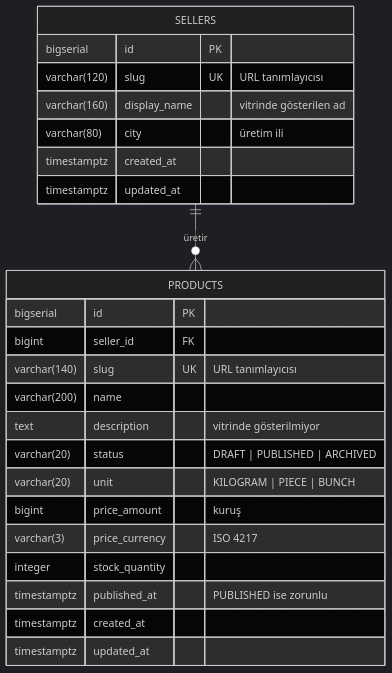
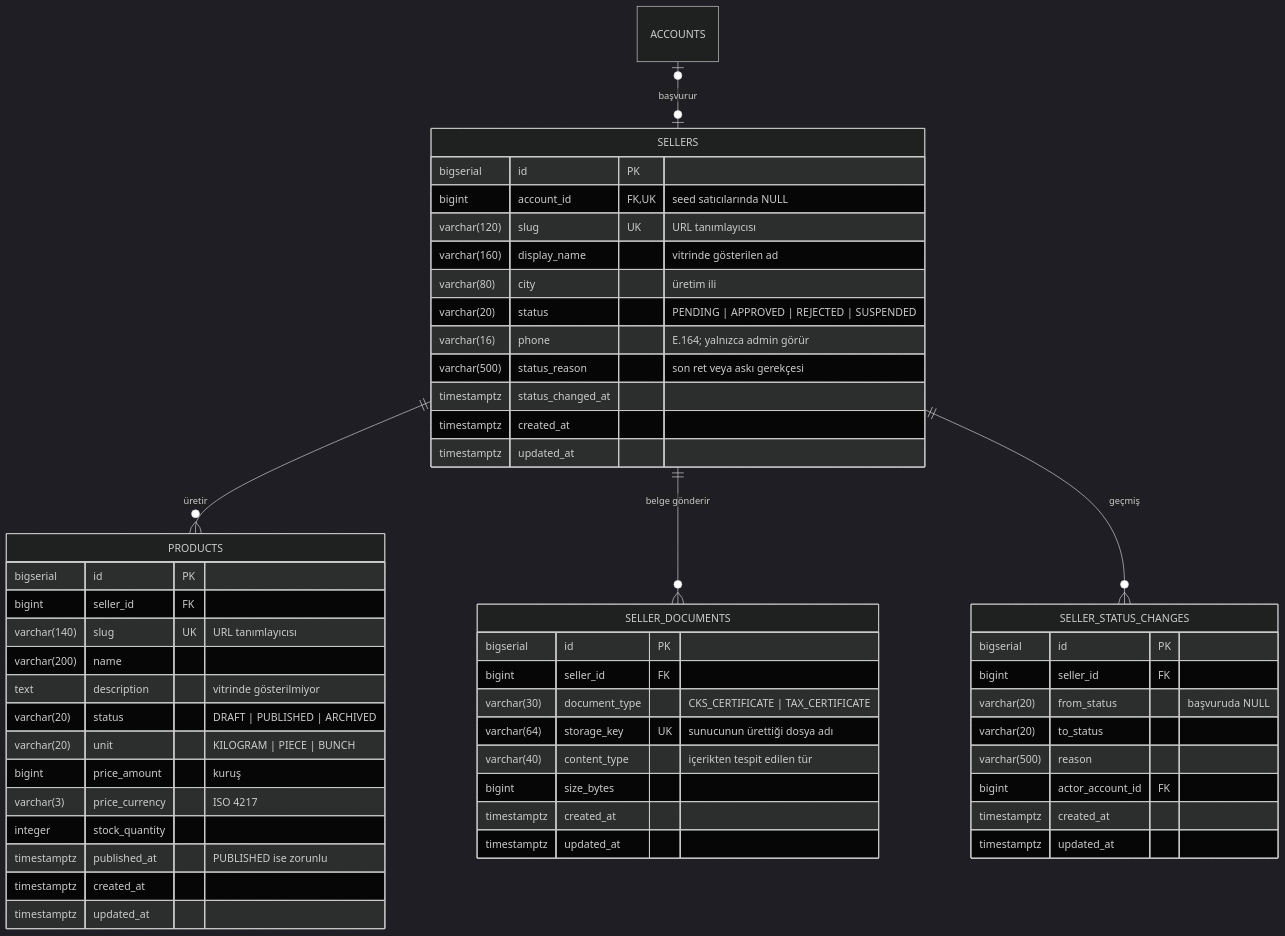
One commit to sertacozmen1/bahceden changed the first of 2 diagrams in docs/reference/01-domain-model.md. Above: the diagram before and after it, drawn with Mermaid (dark theme). The commit also changed other lines of this file and 136 other files, not shown here.

First line of the commit message:
feat: add seller application and admin approval (add-seller-onboarding)

````diff
--- a/docs/reference/01-domain-model.md
+++ b/docs/reference/01-domain-model.md
@@ -15,29 +21,59 @@
 ```mermaid
 erDiagram
     SELLERS ||--o{ PRODUCTS : "üretir"
+    ACCOUNTS |o--o| SELLERS : "başvurur"
+    SELLERS ||--o{ SELLER_DOCUMENTS : "belge gönderir"
+    SELLERS ||--o{ SELLER_STATUS_CHANGES : "geçmiş"
 
     SELLERS {
         bigserial id PK
+        bigint account_id FK,UK "seed satıcılarında NULL"
         varchar(120) slug UK "URL tanımlayıcısı"
         varchar(160) display_name "vitrinde gösterilen ad"
         varchar(80) city "üretim ili"
+        varchar(20) status "PENDING | APPROVED | REJECTED | SUSPENDED"
+        varchar(16) phone "E.164; yalnızca admin görür"
+        varchar(500) status_reason "son ret veya askı gerekçesi"
+        timestamptz status_changed_at
+        timestamptz created_at
+        timestamptz updated_at
+    }
+
+    SELLER_DOCUMENTS {
+        bigserial id PK
+        bigint seller_id FK
+        varchar(30) document_type "CKS_CERTIFICATE | TAX_CERTIFICATE"
+        varchar(64) storage_key UK "sunucunun ürettiği dosya adı"
+        varchar(40) content_type "içerikten tespit edilen tür"
+        bigint size_bytes
+        timestamptz created_at
+        timestamptz updated_at
+    }
+
+    SELLER_STATUS_CHANGES {
+        bigserial id PK
+        bigint seller_id FK
+        varchar(20) from_status "başvuruda NULL"
+        varchar(20) to_status
+        varchar(500) reason
+        bigint actor_account_id FK
         timestamptz created_at
         timestamptz updated_at
     }
 
     PRODUCTS {
         bigserial id PK
         bigint seller_id FK
         varchar(140) slug UK "URL tanımlayıcısı"
         varchar(200) name
         text description "vitrinde gösterilmiyor"
         varchar(20) status "DRAFT | PUBLISHED | ARCHIVED"
         varchar(20) unit "KILOGRAM | PIECE | BUNCH"
         bigint price_amount "kuruş"
         varchar(3) price_currency "ISO 4217"
         integer stock_quantity
         timestamptz published_at "PUBLISHED ise zorunlu"
         timestamptz created_at
         timestamptz updated_at
     }
 ```
````
